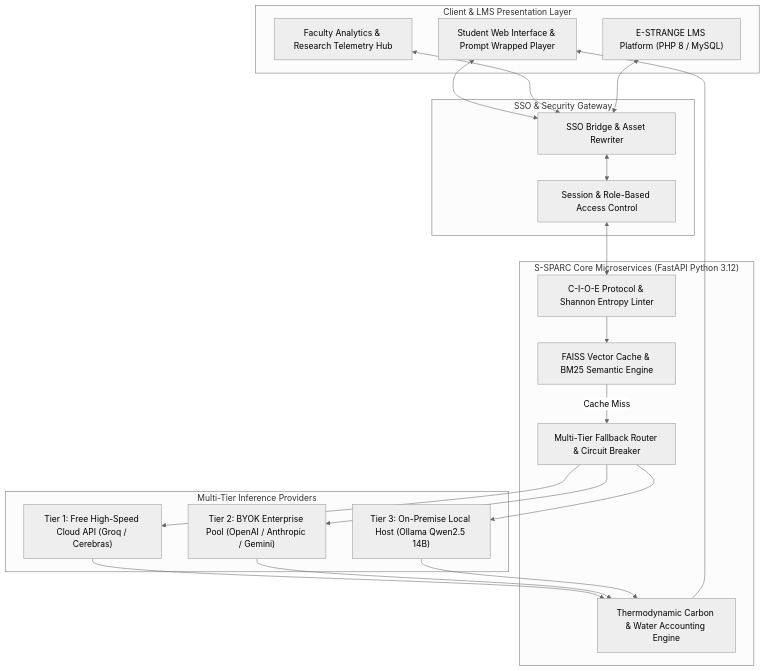
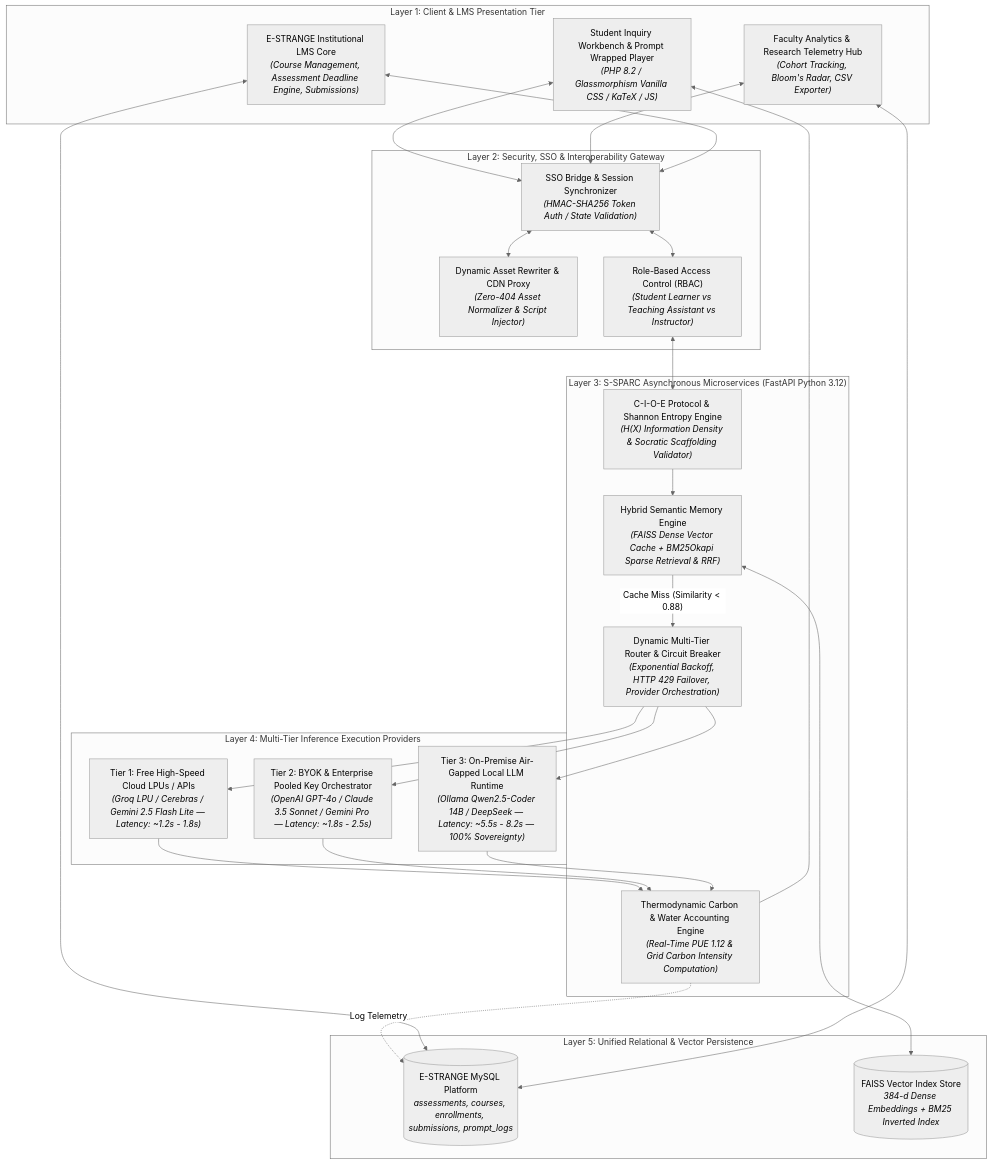
Before and after one commit to 06202003/s-sparc: the sixth of 7 diagrams in docs/S_SPARC_COMPREHENSIVE_WHITEPAPER.md, drawn with Mermaid (neutral theme). The commit also changed other lines of this file and 3 other files, not shown here.

Commit message:
docs: comprehensive architectural layer explanations, sequence lifecycle, and engineering specification table

````diff
--- a/docs/S_SPARC_COMPREHENSIVE_WHITEPAPER.md
+++ b/docs/S_SPARC_COMPREHENSIVE_WHITEPAPER.md
@@ -341,41 +343,52 @@
 ```mermaid
 graph TB
-    subgraph Client_Layer ["Client & LMS Presentation Layer"]
-        UI["Student Web Interface & Prompt Wrapped Player"]
-        Fac["Faculty Analytics & Research Telemetry Hub"]
-        LMS["E-STRANGE LMS Platform (PHP 8 / MySQL)"]
+    subgraph Client_Layer ["Layer 1: Client & LMS Presentation Tier"]
+        UI["Student Inquiry Workbench & Prompt Wrapped Player<br/><i>(PHP 8.2 / Glassmorphism Vanilla CSS / KaTeX / JS)</i>"]
+        Fac["Faculty Analytics & Research Telemetry Hub<br/><i>(Cohort Tracking, Bloom's Radar, CSV Exporter)</i>"]
+        LMS["E-STRANGE Institutional LMS Core<br/><i>(Course Management, Assessment Deadline Engine, Submissions)</i>"]
     end
 
-    subgraph Gateway_Layer ["SSO & Security Gateway"]
-        SSO["SSO Bridge & Asset Rewriter"]
-        Auth["Session & Role-Based Access Control"]
+    subgraph Gateway_Layer ["Layer 2: Security, SSO & Interoperability Gateway"]
+        SSO["SSO Bridge & Session Synchronizer<br/><i>(HMAC-SHA256 Token Auth / State Validation)</i>"]
+        Asset["Dynamic Asset Rewriter & CDN Proxy<br/><i>(Zero-404 Asset Normalizer & Script Injector)</i>"]
+        Auth["Role-Based Access Control (RBAC)<br/><i>(Student Learner vs Teaching Assistant vs Instructor)</i>"]
     end
 
-    subgraph Service_Layer ["S-SPARC Core Microservices (FastAPI Python 3.12)"]
-        Linter["C-I-O-E Protocol & Shannon Entropy Linter"]
-        Memory["FAISS Vector Cache & BM25 Semantic Engine"]
-        Router["Multi-Tier Fallback Router & Circuit Breaker"]
-        Green["Thermodynamic Carbon & Water Accounting Engine"]
+    subgraph Service_Layer ["Layer 3: S-SPARC Asynchronous Microservices (FastAPI Python 3.12)"]
+        Linter["C-I-O-E Protocol & Shannon Entropy Engine<br/><i>(H(X) Information Density & Socratic Scaffolding Validator)</i>"]
+        Memory["Hybrid Semantic Memory Engine<br/><i>(FAISS Dense Vector Cache + BM25Okapi Sparse Retrieval & RRF)</i>"]
+        Router["Dynamic Multi-Tier Router & Circuit Breaker<br/><i>(Exponential Backoff, HTTP 429 Failover, Provider Orchestration)</i>"]
+        Green["Thermodynamic Carbon & Water Accounting Engine<br/><i>(Real-Time PUE 1.12 & Grid Carbon Intensity Computation)</i>"]
     end
 
-    subgraph Model_Execution_Layer ["Multi-Tier Inference Providers"]
-        T1["Tier 1: Free High-Speed Cloud API (Groq / Cerebras)"]
-        T2["Tier 2: BYOK Enterprise Pool (OpenAI / Anthropic / Gemini)"]
-        T3["Tier 3: On-Premise Local Host (Ollama Qwen2.5 14B)"]
+    subgraph Model_Execution_Layer ["Layer 4: Multi-Tier Inference Execution Providers"]
+        T1["Tier 1: Free High-Speed Cloud LPUs / APIs<br/><i>(Groq LPU / Cerebras / Gemini 2.5 Flash Lite — Latency: ~1.2s - 1.8s)</i>"]
+        T2["Tier 2: BYOK & Enterprise Pooled Key Orchestrator<br/><i>(OpenAI GPT-4o / Claude 3.5 Sonnet / Gemini Pro — Latency: ~1.8s - 2.5s)</i>"]
+        T3["Tier 3: On-Premise Air-Gapped Local LLM Runtime<br/><i>(Ollama Qwen2.5-Coder 14B / DeepSeek — Latency: ~5.5s - 8.2s — 100% Sovereignty)</i>"]
+    end
+
+    subgraph Database_Layer ["Layer 5: Unified Relational & Vector Persistence"]
+        DB_SQL[("E-STRANGE MySQL Platform<br/><i>assessments, courses, enrollments, submissions, prompt_logs</i>")]
+        DB_VEC[("FAISS Vector Index Store<br/><i>384-d Dense Embeddings + BM25 Inverted Index</i>")]
     end
 
     UI <--> SSO
     Fac <--> SSO
     LMS <--> SSO
     SSO <--> Auth
+    SSO <--> Asset
     Auth <--> Linter
     Linter --> Memory
-    Memory -- "Cache Miss" --> Router
+    Memory <--> DB_VEC
+    Memory -- "Cache Miss (Similarity < 0.88)" --> Router
     Router --> T1
     Router --> T2
     Router --> T3
     T1 --> Green
     T2 --> Green
     T3 --> Green
     Green --> UI
+    Green -. "Log Telemetry" .-> DB_SQL
+    LMS <--> DB_SQL
+    Fac <--> DB_SQL
 ```
````
